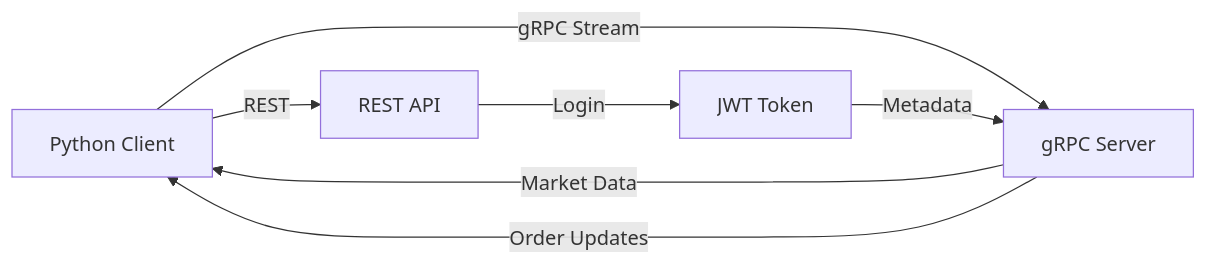
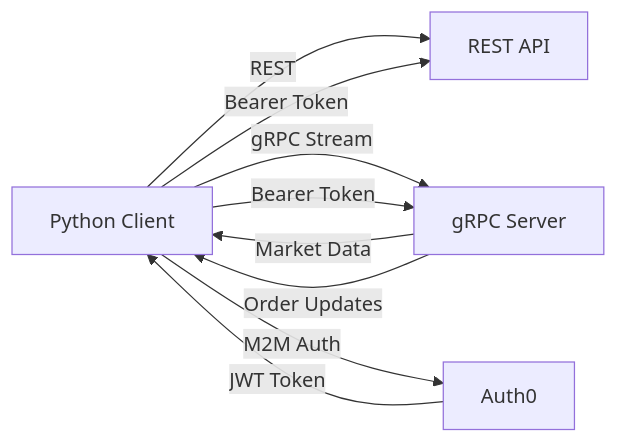
One commit to chrisr-a11y/docs changed the diagram in streaming-endpoints/grpc-overview.mdx. Above: the diagram before and after it, drawn with Mermaid. The commit also changed other lines of this file, not shown here.

Commit message:
fix: Update auth flow to reference Auth0 M2M
JWT tokens are obtained from Auth0, not REST API login.

🤖 Generated with [Claude Code](https://claude.com/claude-code)

````diff
--- a/streaming-endpoints/grpc-overview.mdx
+++ b/streaming-endpoints/grpc-overview.mdx
@@ -113,9 +113,11 @@
 ```mermaid
 graph LR
     A[Python Client] -->|REST| B[REST API]
     A -->|gRPC Stream| C[gRPC Server]
-    B -->|Login| D[JWT Token]
-    D -->|Metadata| C
+    A -->|M2M Auth| D[Auth0]
+    D -->|JWT Token| A
+    A -->|Bearer Token| B
+    A -->|Bearer Token| C
     C -->|Market Data| A
     C -->|Order Updates| A
 ```
````
